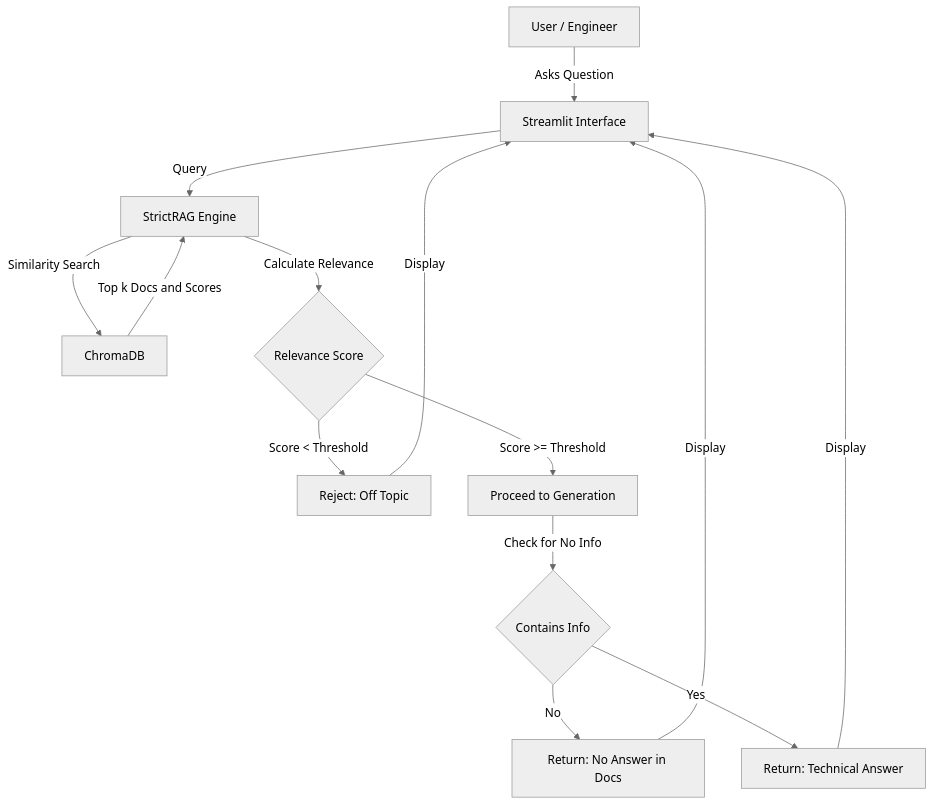
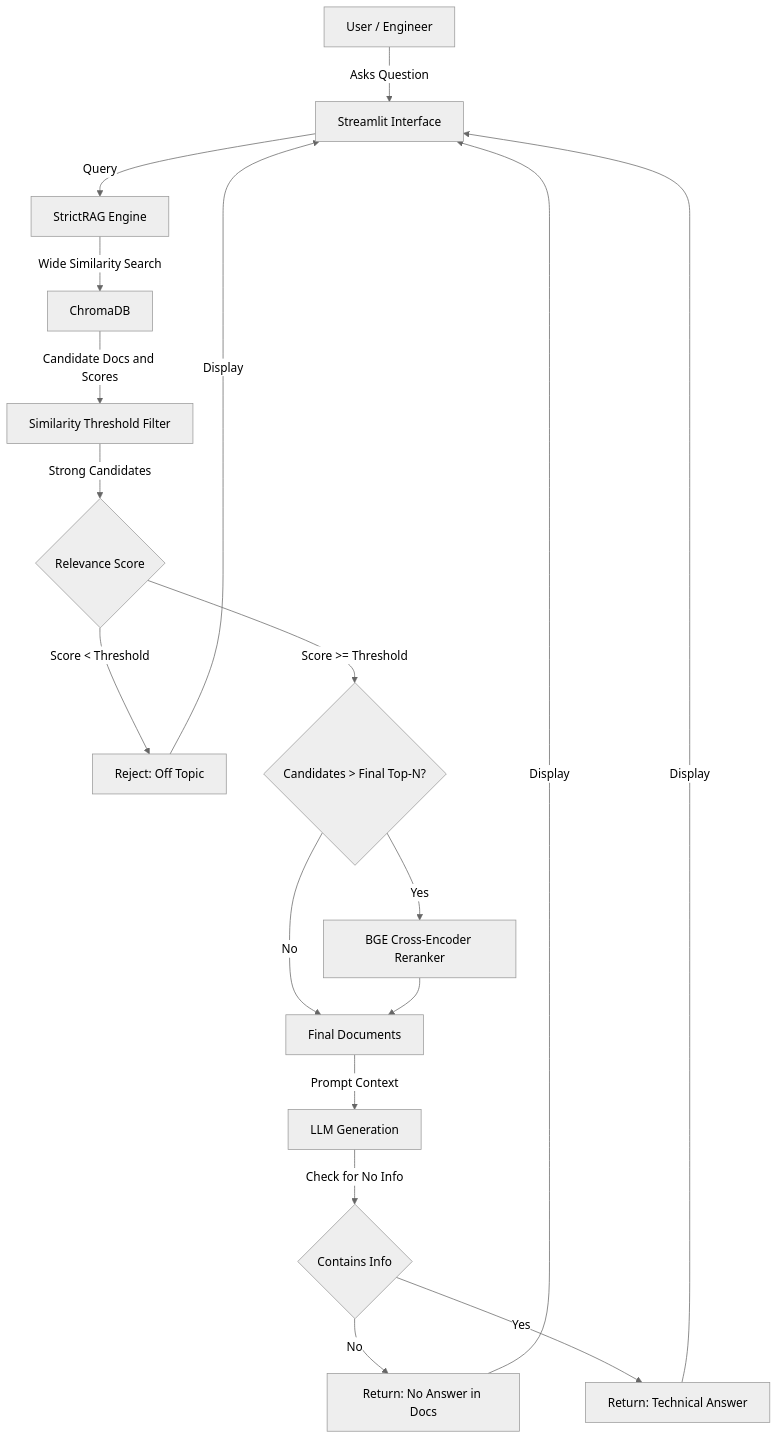
One commit to ChangYeongJeong1103/oled-assistant changed the diagram in docs/architecture.md. Above: the diagram before and after it, drawn with Mermaid (neutral theme). The commit also changed other lines of this file and 10 other files, not shown here.

Commit message:
Add wide retrieval and BGE reranking pipeline

````diff
--- a/docs/architecture.md
+++ b/docs/architecture.md
@@ -9,20 +9,25 @@
 ```mermaid
 graph TD
   User["User / Engineer"] -->|Asks Question| UI["Streamlit Interface"]
   UI -->|Query| Engine["StrictRAG Engine"]
 
-  Engine -->|Similarity Search| DB["ChromaDB"]
-  DB -->|Top k Docs and Scores| Engine
+  Engine -->|Wide Similarity Search| DB["ChromaDB"]
+  DB -->|Candidate Docs and Scores| Filter["Similarity Threshold Filter"]
 
-  Engine -->|Calculate Relevance| Score{"Relevance Score"}
+  Filter -->|Strong Candidates| Score{"Relevance Score"}
   Score -->|Score < Threshold| OffTopic["Reject: Off Topic"]
-  Score -->|Score >= Threshold| RAG["Proceed to Generation"]
+  Score -->|Score >= Threshold| Rerank{"Candidates > Final Top-N?"}
 
-  RAG -->|Check for No Info| Check{"Contains Info"}
+  Rerank -->|Yes| CrossEncoder["BGE Cross-Encoder Reranker"]
+  Rerank -->|No| FinalDocs["Final Documents"]
+  CrossEncoder --> FinalDocs
+
+  FinalDocs -->|Prompt Context| Generation["LLM Generation"]
+  Generation -->|Check for No Info| Check{"Contains Info"}
   Check -->|No| NoAns["Return: No Answer in Docs"]
   Check -->|Yes| Final["Return: Technical Answer"]
 
   OffTopic -->|Display| UI
   NoAns -->|Display| UI
   Final -->|Display| UI
 ```
````
